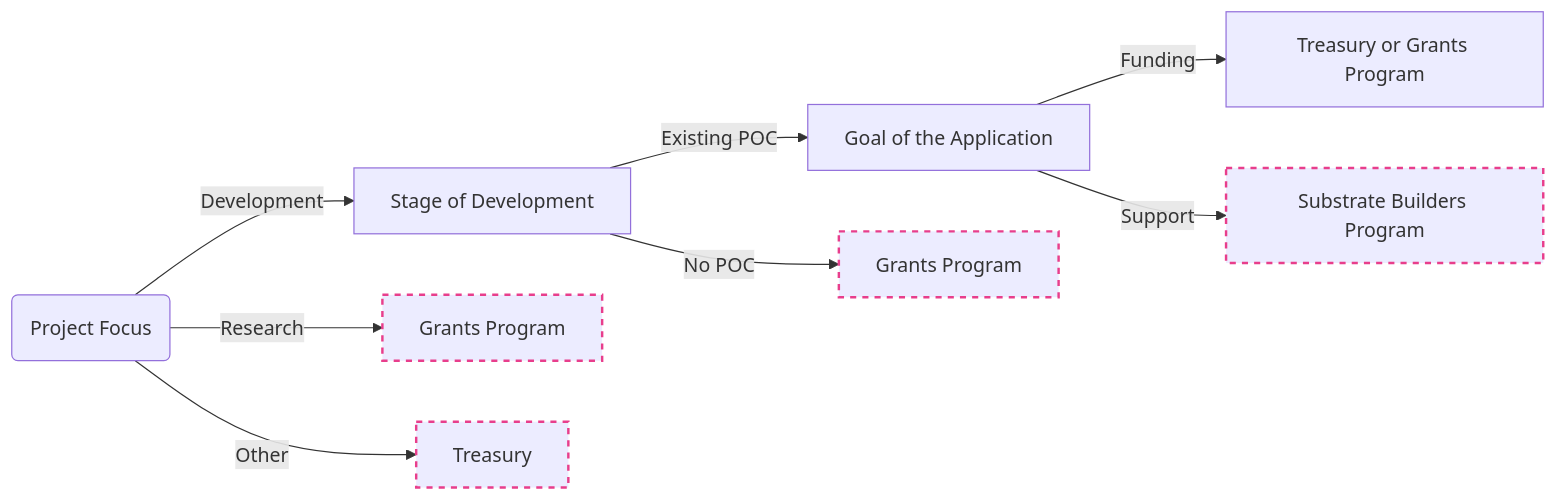
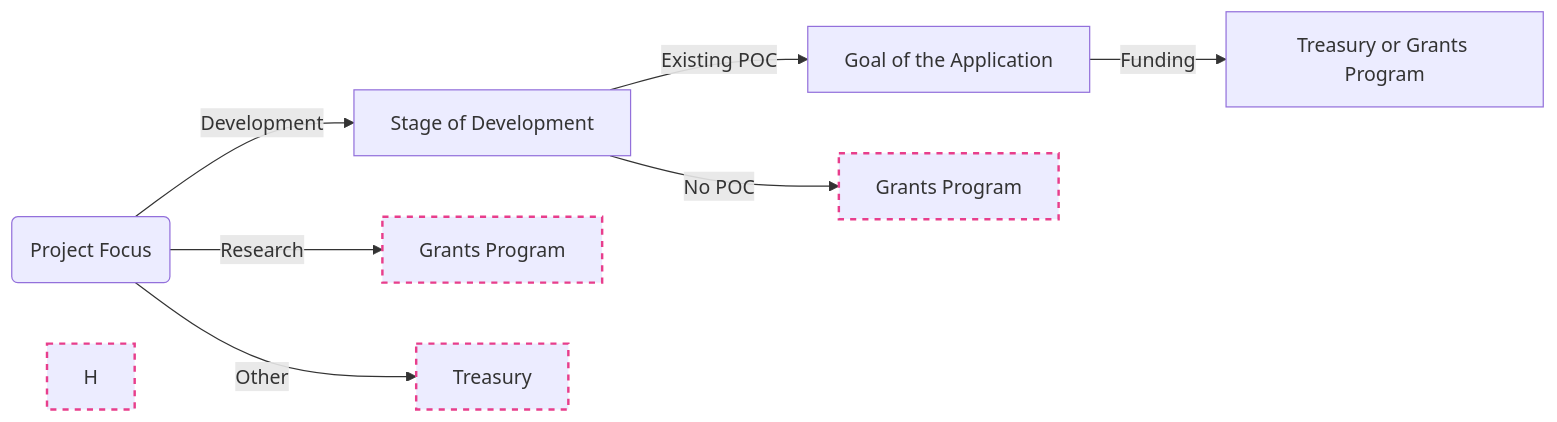
Before and after one commit to w3f/Grants-Program: the diagram in README.md, drawn with Mermaid. The commit also changed other lines of this file and 186 other files, not shown here.

````diff
--- a/README.md
+++ b/README.md
@@ -270,20 +269,18 @@
 ```mermaid
 flowchart LR
     A(Project Focus)
     A -->|Development| B[Stage of Development]
     A -->|Research| C[Grants Program]
     A -->|Other| D[Treasury]
     B -->|Existing POC| E[Goal of the Application]
     B -->|No POC| F[Grants Program]
     E -->|Funding| G[Treasury or Grants Program]
-    E -->|Support| H[Substrate Builders Program]
     style C stroke:#e83e8c,stroke-width:2px,stroke-dasharray: 5 5
     style D stroke:#e83e8c,stroke-width:2px,stroke-dasharray: 5 5
     style F stroke:#e83e8c,stroke-width:2px,stroke-dasharray: 5 5
     style H stroke:#e83e8c,stroke-width:2px,stroke-dasharray: 5 5
     
     click C "https://github.com/w3f/Grants-Program#pencil-process" "You are already in the right place :)"
     click D "https://polkadot.network/treasury" "https://polkadot.network/treasury/" _blank
     click F "https://github.com/w3f/Grants-Program#pencil-process" "You are already in the right place :)"
-    click H "https://www.substrate.io/builders-program/" "https://www.substrate.io/builders-program/" _blank
 ```
````
